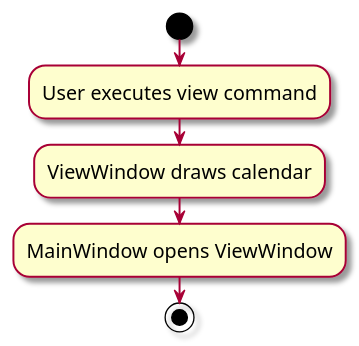
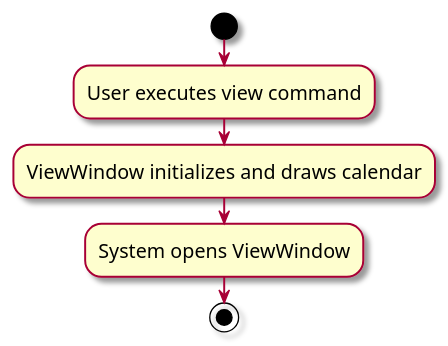
The diagram in docs/diagrams/ViewActivityDiagram.puml (zoebelle-pang/tp), drawn with PlantUML before and after one commit. The commit also changed 10 other files, not shown here.

```diff
--- a/docs/diagrams/ViewActivityDiagram.puml
+++ b/docs/diagrams/ViewActivityDiagram.puml
@@ -1,14 +1,14 @@
 @startuml
 skin rose
 skinparam ActivityFontSize 15
 skinparam ArrowFontSize 12
 start
 :User executes view command;
 
 'Since the beta syntax does not support placing the condition outside the
 'diamond we place it as the true branch instead.
 
-:ViewWindow draws calendar;
-:MainWindow opens ViewWindow;
+:ViewWindow initializes and draws calendar;
+:System opens ViewWindow;
 stop
 @enduml
```
